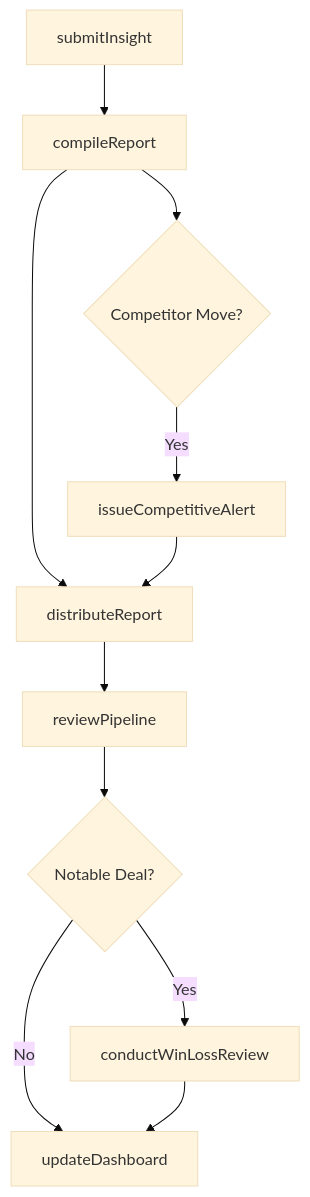
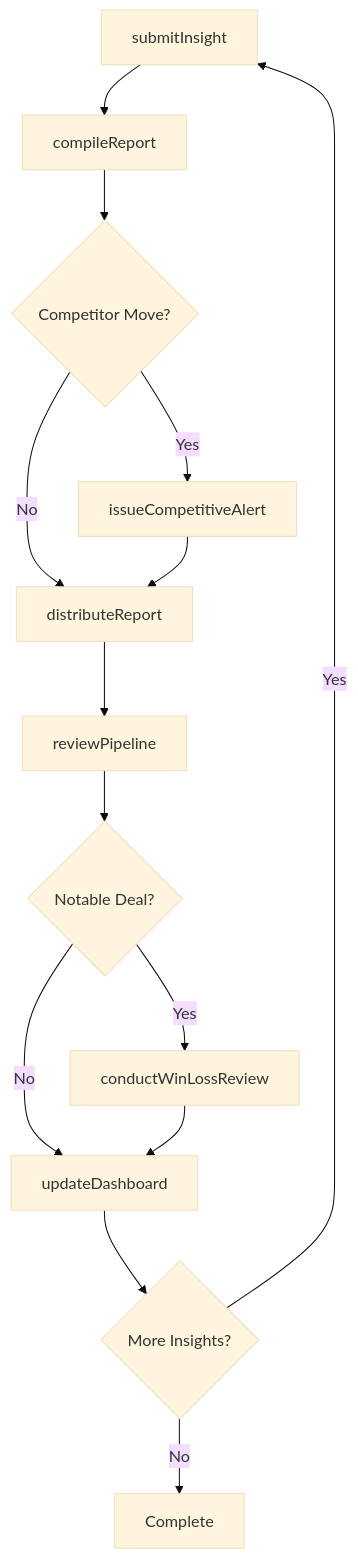
The third of 4 diagrams in CommunicatingWithSupervisorsPeersOrSubordinates/CommunicateWithOthersAboutBusinessStrategies/ShareSales-relatedMarketInformationColleagues.mdx (dot-org-ai/tasks.org.ai), drawn with Mermaid (base theme) before and after one commit. The commit also changed other lines of this file and 266 other files, not shown here.

First line of the commit message:
feat: Add ER diagrams, state diagrams to wave 2 batch (251 DWA files)

````diff
--- a/CommunicatingWithSupervisorsPeersOrSubordinates/CommunicateWithOthersAboutBusinessStrategies/ShareSales-relatedMarketInformationColleagues.mdx
+++ b/CommunicatingWithSupervisorsPeersOrSubordinates/CommunicateWithOthersAboutBusinessStrategies/ShareSales-relatedMarketInformationColleagues.mdx
@@ -84,13 +112,16 @@
 ```mermaid
 graph TD
     A[submitInsight] --> B[compileReport]
-    B --> C[distributeReport]
-    C --> D[reviewPipeline]
-    D --> E{Notable Deal?}
-    E -->|Yes| F[conductWinLossReview]
-    E -->|No| G[updateDashboard]
-    F --> G
-    B --> H{Competitor Move?}
-    H -->|Yes| I[issueCompetitiveAlert]
-    I --> C
+    B --> C{Competitor Move?}
+    C -->|Yes| D[issueCompetitiveAlert]
+    C -->|No| E[distributeReport]
+    D --> E
+    E --> F[reviewPipeline]
+    F --> G{Notable Deal?}
+    G -->|Yes| H[conductWinLossReview]
+    G -->|No| I[updateDashboard]
+    H --> I
+    I --> J{More Insights?}
+    J -->|Yes| A
+    J -->|No| K[Complete]
 ```
````
